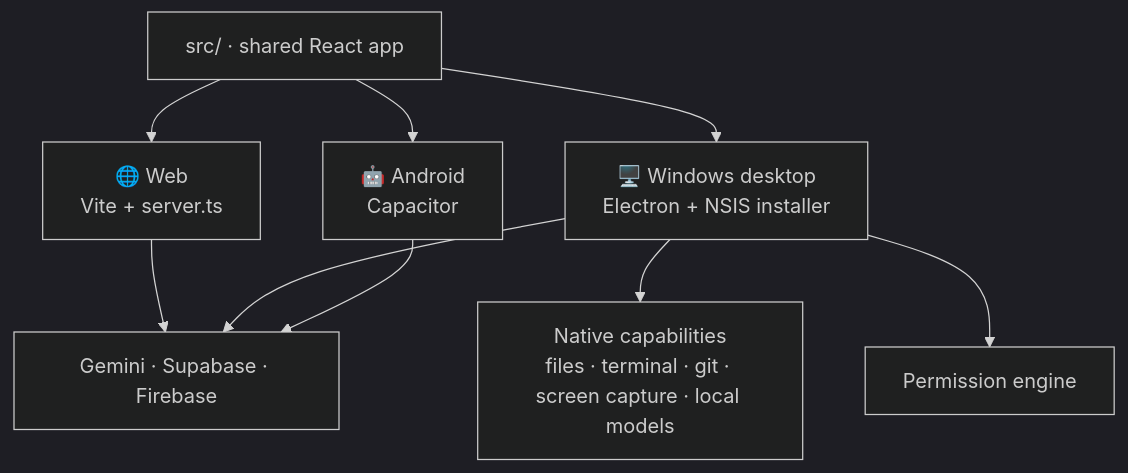
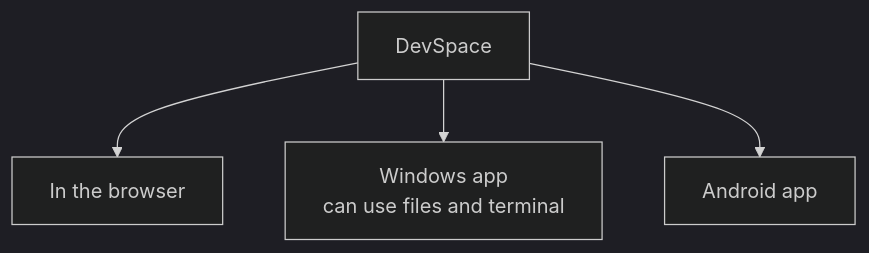
One commit to F0rger123/devspace changed the second of 3 diagrams in README.md. Above: the diagram before and after it, drawn with Mermaid (dark theme). The commit also changed other lines of this file and 2 other files, not shown here.

First line of the commit message:
docs: plain-English diagrams and an AI guide for pasted links [skip ci]

````diff
--- a/README.md
+++ b/README.md
@@ -62,9 +67,6 @@
 ```mermaid
 flowchart TB
-    Src["src/ · shared React app"] --> Web["🌐 Web<br/>Vite + server.ts"]
-    Src --> Desk["🖥️ Windows desktop<br/>Electron + NSIS installer"]
-    Src --> Droid["🤖 Android<br/>Capacitor"]
-    Desk --> Caps["Native capabilities<br/>files · terminal · git · screen capture · local models"]
-    Desk --> Perm["Permission engine"]
-    Web & Desk & Droid --> Back["Gemini · Supabase · Firebase"]
+    Core["DevSpace"] --> Web["In the browser"]
+    Core --> Win["Windows app<br/>can use files and terminal"]
+    Core --> Android["Android app"]
 ```
````
